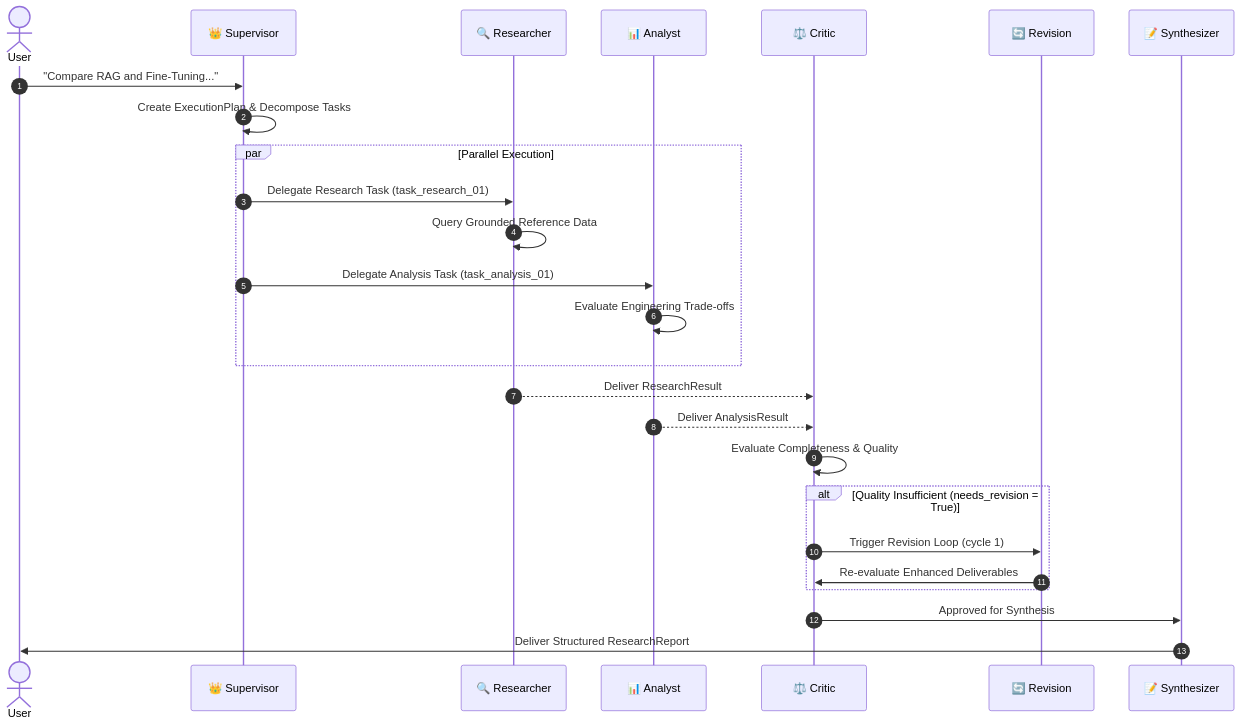
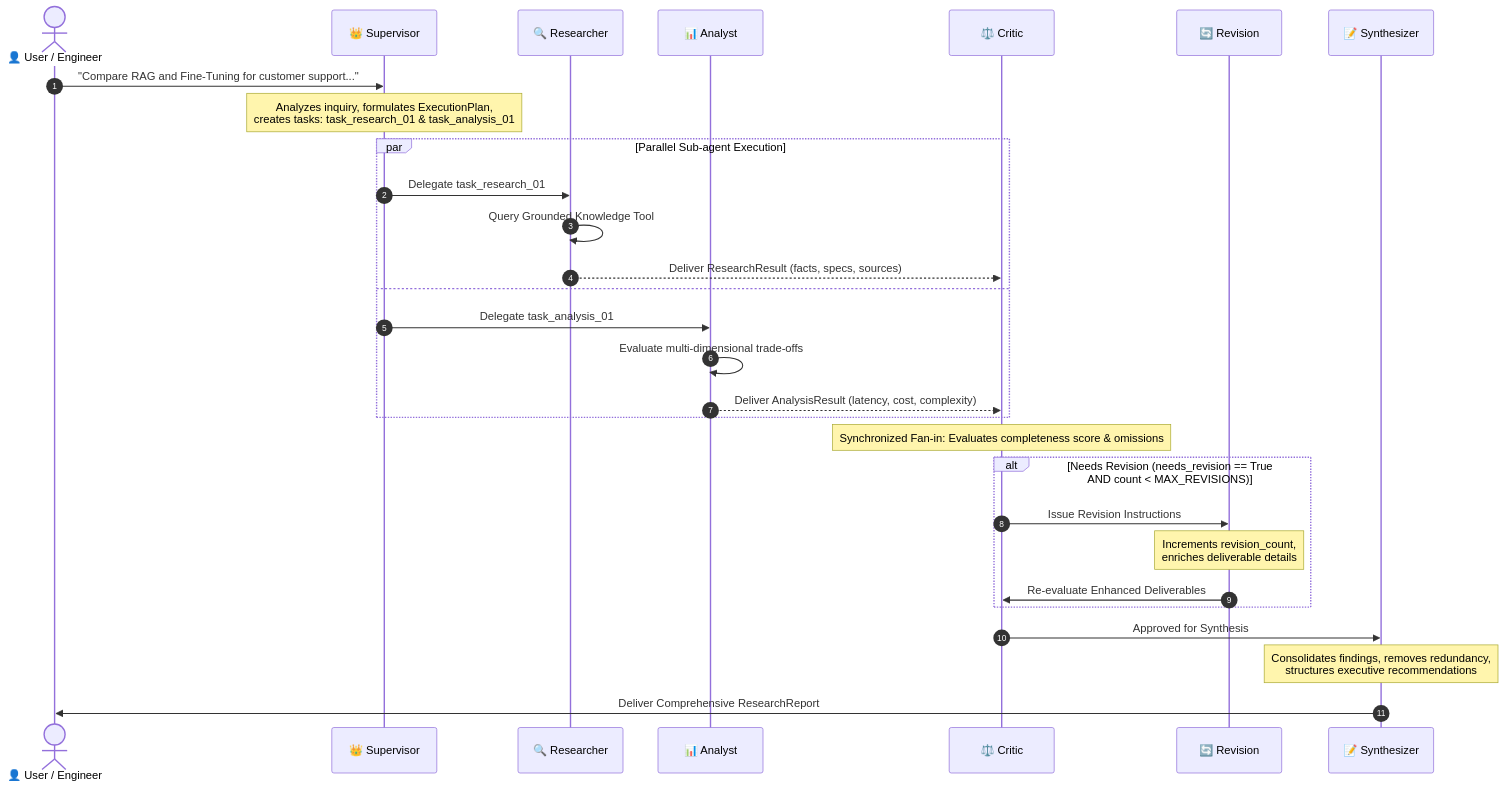
Before and after one commit to abdo875/Multi-Agent-Research-Assistant: the third of 4 diagrams in README.md, drawn with Mermaid. The commit also changed other lines of this file and 1 other file, not shown here.

First line of the commit message:
docs: enhance README with tool icons and in-depth system design rationale

````diff
--- a/README.md
+++ b/README.md
@@ -133,29 +212,36 @@
 ```mermaid
 sequenceDiagram
     autonumber
-    actor User
+    actor User as 👤 User / Engineer
     participant Supervisor as 👑 Supervisor
     participant Researcher as 🔍 Researcher
     participant Analyst as 📊 Analyst
     participant Critic as ⚖️ Critic
     participant Revision as 🔄 Revision
     participant Synthesizer as 📝 Synthesizer
 
-    User->>Supervisor: "Compare RAG and Fine-Tuning..."
-    Supervisor->>Supervisor: Create ExecutionPlan & Decompose Tasks
-    par Parallel Execution
-        Supervisor->>Researcher: Delegate Research Task (task_research_01)
-        Researcher->>Researcher: Query Grounded Reference Data
-        Supervisor->>Analyst: Delegate Analysis Task (task_analysis_01)
-        Analyst->>Analyst: Evaluate Engineering Trade-offs
+    User->>Supervisor: "Compare RAG and Fine-Tuning for customer support..."
+    Note over Supervisor: Analyzes inquiry, formulates ExecutionPlan,<br/>creates tasks: task_research_01 & task_analysis_01
+    
+    par Parallel Sub-agent Execution
+        Supervisor->>Researcher: Delegate task_research_01
+        Researcher->>Researcher: Query Grounded Knowledge Tool
+        Researcher-->>Critic: Deliver ResearchResult (facts, specs, sources)
+    and
+        Supervisor->>Analyst: Delegate task_analysis_01
+        Analyst->>Analyst: Evaluate multi-dimensional trade-offs
+        Analyst-->>Critic: Deliver AnalysisResult (latency, cost, complexity)
     end
-    Researcher-->>Critic: Deliver ResearchResult
-    Analyst-->>Critic: Deliver AnalysisResult
-    Critic->>Critic: Evaluate Completeness & Quality
-    alt Quality Insufficient (needs_revision = True)
-        Critic->>Revision: Trigger Revision Loop (cycle 1)
+
+    Note over Critic: Synchronized Fan-in: Evaluates completeness score & omissions
+    
+    alt Needs Revision (needs_revision == True AND count < MAX_REVISIONS)
+        Critic->>Revision: Issue Revision Instructions
+        Note over Revision: Increments revision_count,<br/>enriches deliverable details
         Revision->>Critic: Re-evaluate Enhanced Deliverables
     end
+
     Critic->>Synthesizer: Approved for Synthesis
-    Synthesizer->>User: Deliver Structured ResearchReport
+    Note over Synthesizer: Consolidates findings, removes redundancy,<br/>structures executive recommendations
+    Synthesizer->>User: Deliver Comprehensive ResearchReport
 ```
````
